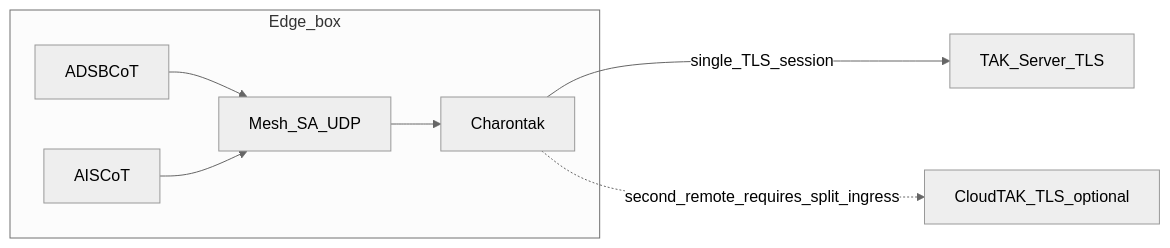
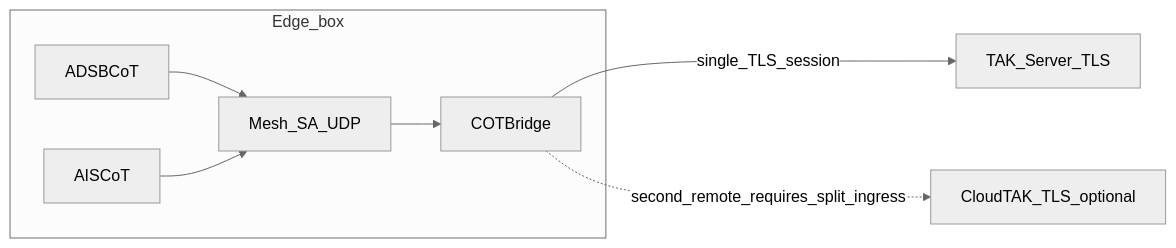
Before and after one commit to snstac/charontak: the diagram in README.md, drawn with Mermaid (neutral theme). The commit also changed other lines of this file and 77 other files, not shown here.

````diff
--- a/README.md
+++ b/README.md
@@ -21,16 +21,16 @@
 ```mermaid
 flowchart LR
   subgraph edge [Edge_box]
     adsb[ADSBCoT]
     aisc[AISCoT]
     mesh[Mesh_SA_UDP]
-    ch[Charontak]
+    ch[COTBridge]
     adsb --> mesh
     aisc --> mesh
     mesh --> ch
   end
   tak[TAK_Server_TLS]
   cloud[CloudTAK_TLS_optional]
   ch -->|"single_TLS_session"| tak
   ch -.->|"second_remote_requires_split_ingress"| cloud
 ```
````
